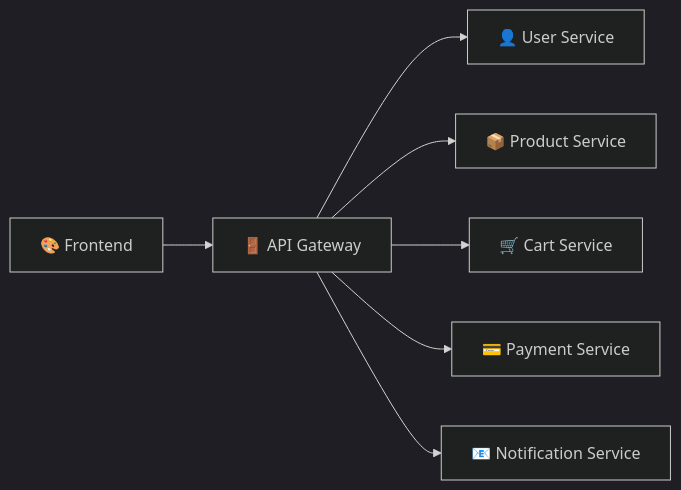
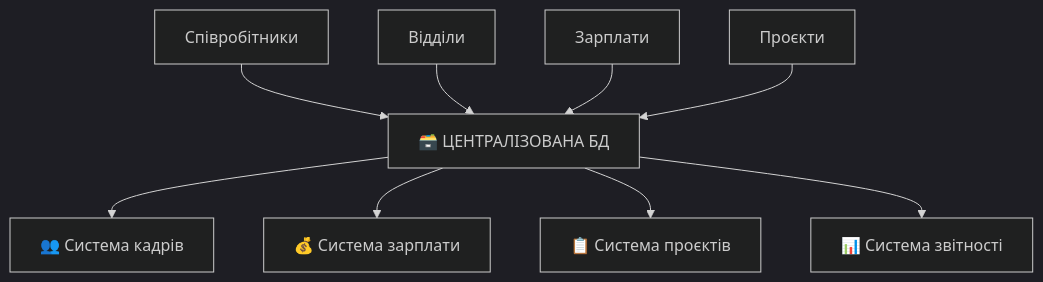
Before and after one commit to olroi421/course-bd: the third of 10 diagrams in docs/presentations/presentation-01.md, drawn with Mermaid (dark theme). The commit also changed other lines of this file, not shown here.

````diff
--- a/docs/presentations/presentation-01.md
+++ b/docs/presentations/presentation-01.md
@@ -91,9 +217,12 @@
 ```mermaid
-graph LR
-    A[🎨 Frontend] --> B[🚪 API Gateway]
-    B --> C[👤 User Service]
-    B --> D[📦 Product Service]
-    B --> E[🛒 Cart Service]
-    B --> F[💳 Payment Service]
-    B --> G[📧 Notification Service]
+graph TD
+    A[🗃️ ЦЕНТРАЛІЗОВАНА БД] --> B[👥 Система кадрів]
+    A --> C[💰 Система зарплати]
+    A --> D[📋 Система проєктів]
+    A --> E[📊 Система звітності]
+
+    F[Співробітники] --> A
+    G[Відділи] --> A
+    H[Зарплати] --> A
+    I[Проєкти] --> A
 ```
````
